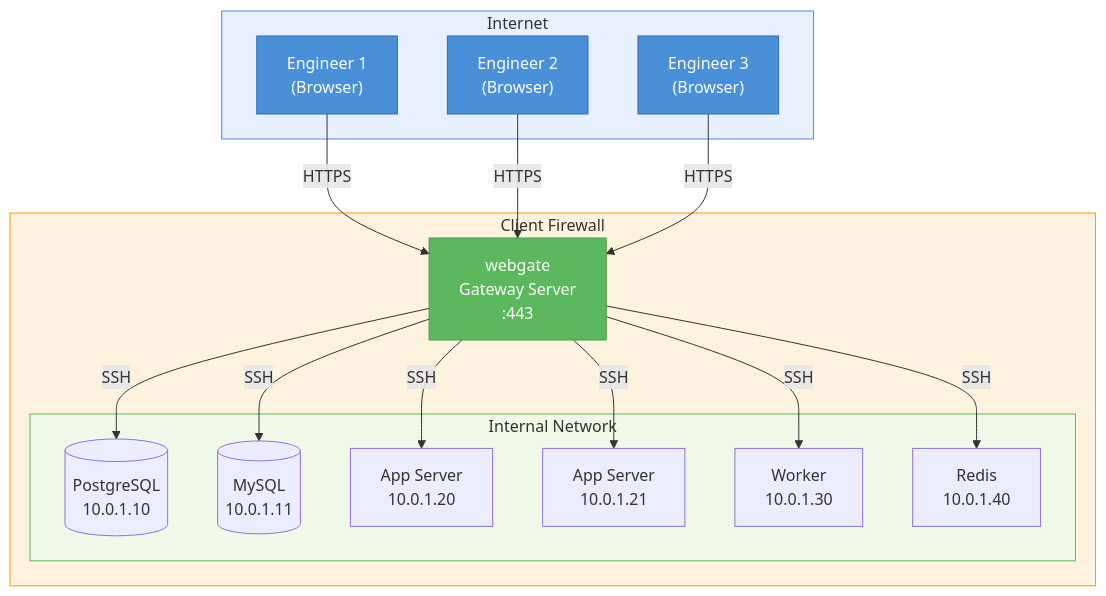
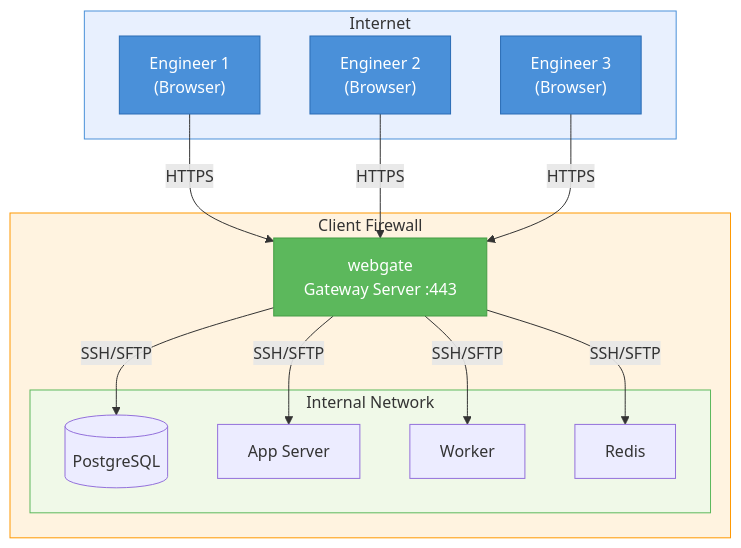
The second of 7 diagrams in README.md (kalexnolasco/webgate), drawn with Mermaid before and after one commit. The commit also changed other lines of this file and 3 other files, not shown here.

````diff
--- a/README.md
+++ b/README.md
@@ -73,50 +73,31 @@
 ```mermaid
 flowchart TB
     subgraph internet ["Internet"]
-        ENG1["Engineer 1
-        (Browser)"]
-        ENG2["Engineer 2
-        (Browser)"]
-        ENG3["Engineer 3
-        (Browser)"]
+        ENG1["Engineer 1<br/>(Browser)"]
+        ENG2["Engineer 2<br/>(Browser)"]
+        ENG3["Engineer 3<br/>(Browser)"]
     end
-
     subgraph firewall ["Client Firewall"]
-        WG["webgate
-        Gateway Server
-        :443"]
-
+        WG["webgate<br/>Gateway Server :443"]
         subgraph internal ["Internal Network"]
-            DB1[(PostgreSQL
-            10.0.1.10)]
-            DB2[(MySQL
-            10.0.1.11)]
-            APP1["App Server
-            10.0.1.20"]
-            APP2["App Server
-            10.0.1.21"]
-            WORKER["Worker
-            10.0.1.30"]
-            REDIS["Redis
-            10.0.1.40"]
+            DB1[(PostgreSQL)]
+            APP1["App Server"]
+            WORKER["Worker"]
+            REDIS["Redis"]
         end
     end
-
     ENG1 -- "HTTPS" --> WG
     ENG2 -- "HTTPS" --> WG
     ENG3 -- "HTTPS" --> WG
-    WG -- "SSH" --> DB1
-    WG -- "SSH" --> DB2
-    WG -- "SSH" --> APP1
-    WG -- "SSH" --> APP2
-    WG -- "SSH" --> WORKER
-    WG -- "SSH" --> REDIS
-
+    WG -- "SSH/SFTP" --> DB1
+    WG -- "SSH/SFTP" --> APP1
+    WG -- "SSH/SFTP" --> WORKER
+    WG -- "SSH/SFTP" --> REDIS
     style internet fill:#e8f0fe,stroke:#4a90d9
     style firewall fill:#fff3e0,stroke:#ff9800
     style internal fill:#f0f9e8,stroke:#5cb85c
     style WG fill:#5cb85c,stroke:#449d44,color:#fff
     style ENG1 fill:#4a90d9,stroke:#2a6cb5,color:#fff
     style ENG2 fill:#4a90d9,stroke:#2a6cb5,color:#fff
     style ENG3 fill:#4a90d9,stroke:#2a6cb5,color:#fff
 ```
````
